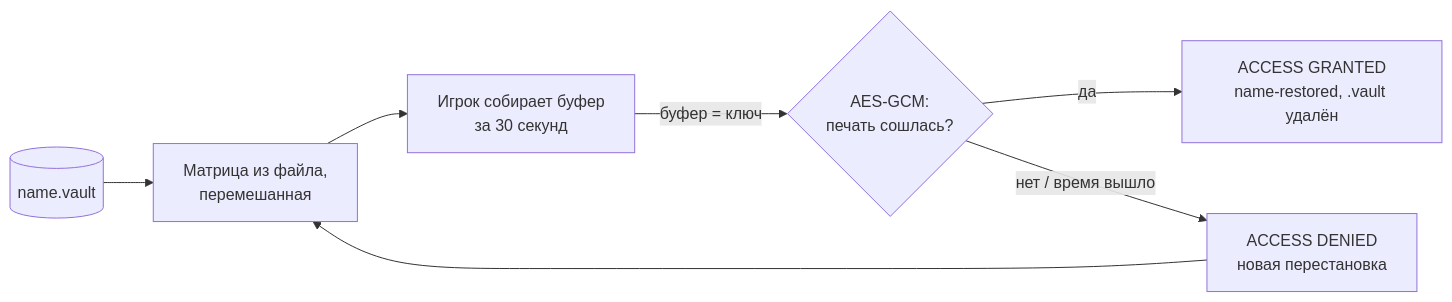
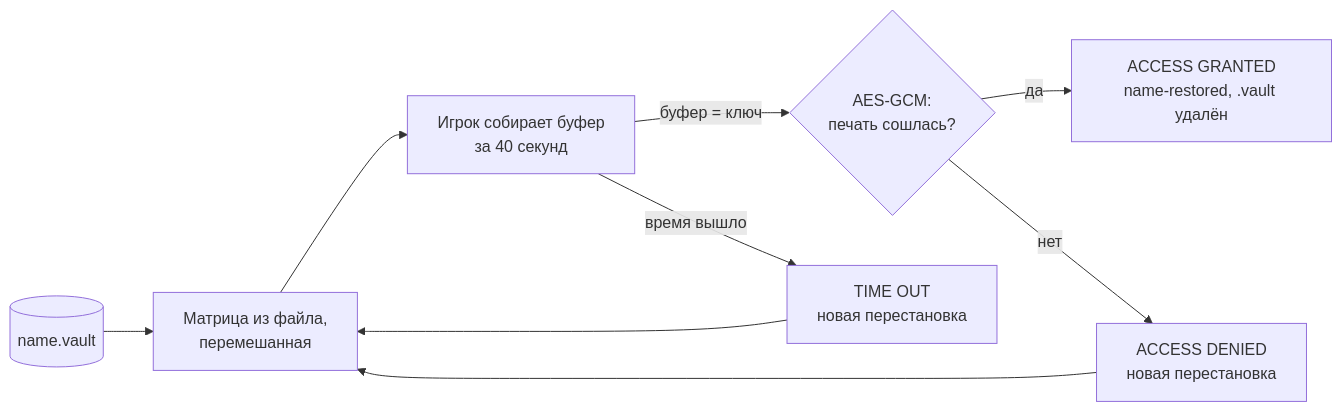
One commit to sufferingOfWin95/cyberpunk-breach-vault changed the second of 2 diagrams in README.md. Above: the diagram before and after it, drawn with Mermaid. The commit also changed other lines of this file and 7 other files, not shown here.

First line of the commit message:
TIME OUT по истечении времени, таймер 40 с стартует сразу

````diff
--- a/README.md
+++ b/README.md
@@ -88,9 +96,11 @@
 ```mermaid
 flowchart LR
     V[(name.vault)] --> M[Матрица из файла,<br/>перемешанная]
-    M --> P[Игрок собирает буфер<br/>за 30 секунд]
+    M --> P[Игрок собирает буфер<br/>за 40 секунд]
     P -->|буфер = ключ| D{AES-GCM:<br/>печать сошлась?}
+    P -->|время вышло| T[TIME OUT<br/>новая перестановка]
     D -->|да| OK[ACCESS GRANTED<br/>name-restored, .vault удалён]
-    D -->|нет / время вышло| NO[ACCESS DENIED<br/>новая перестановка]
+    D -->|нет| NO[ACCESS DENIED<br/>новая перестановка]
     NO --> M
+    T --> M
 ```
````
